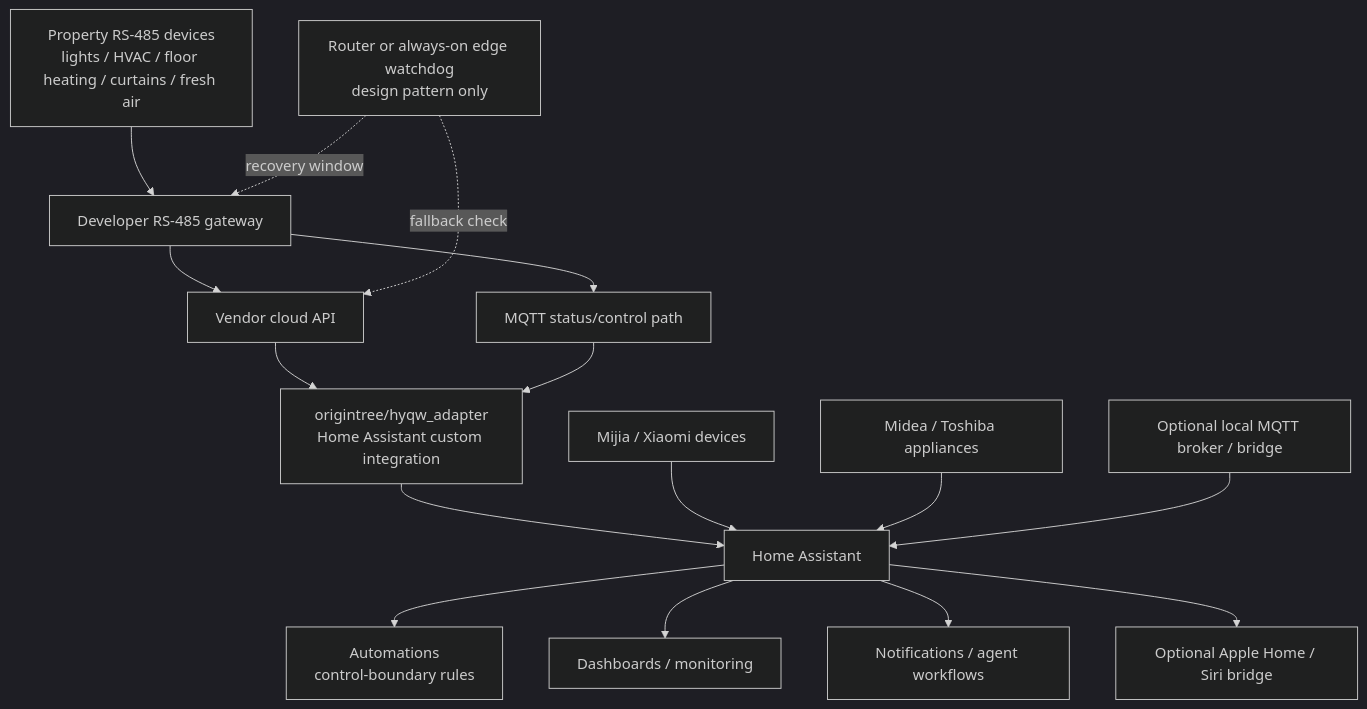
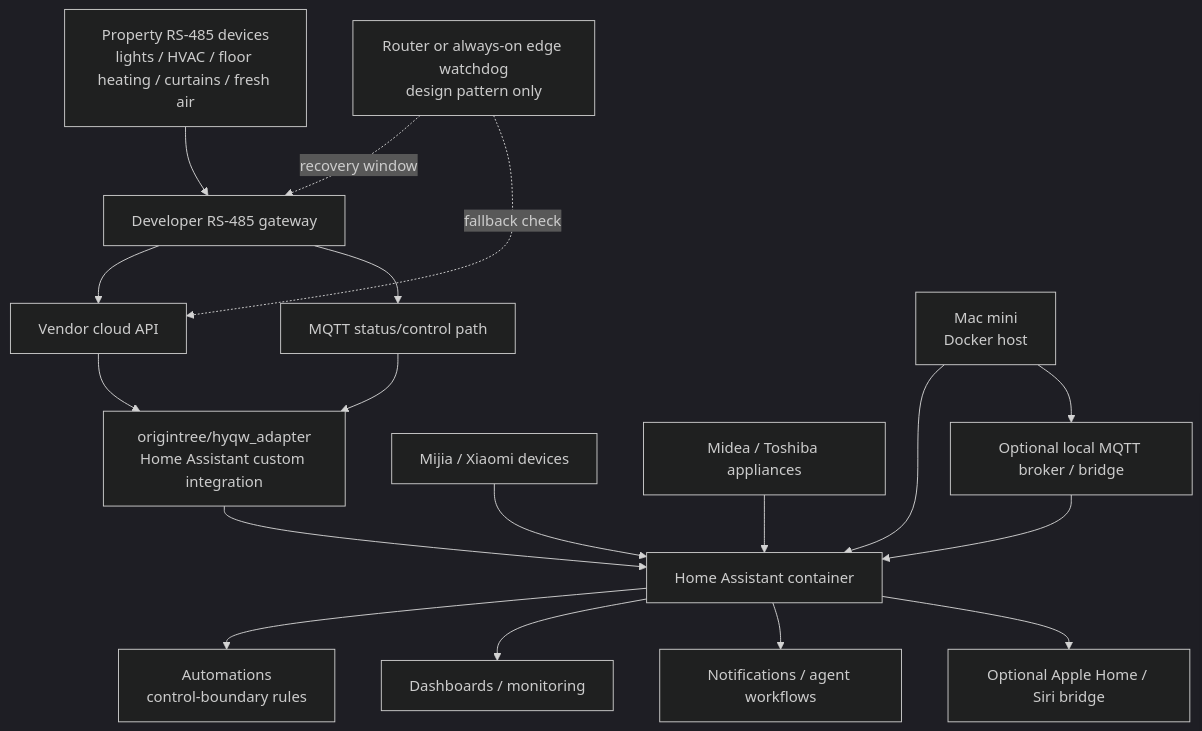
Before and after one commit to waiT-Chi/hyqw-ha-home-recipes: the diagram in README.md, drawn with Mermaid (dark theme). The commit also changed other lines of this file and 4 other files, not shown here.

Commit message:
Document Mac mini Docker host layer

````diff
--- a/README.md
+++ b/README.md
@@ -46,21 +49,23 @@
 ```mermaid
 flowchart TD
     A[Property RS-485 devices<br/>lights / HVAC / floor heating / curtains / fresh air] --> B[Developer RS-485 gateway]
     B --> C[Vendor cloud API]
     B --> D[MQTT status/control path]
     C --> E[origintree/hyqw_adapter<br/>Home Assistant custom integration]
     D --> E
-    E --> F[Home Assistant]
+    O[Mac mini<br/>Docker host] --> F[Home Assistant container]
+    E --> F
 
     G[Mijia / Xiaomi devices] --> F
     H[Midea / Toshiba appliances] --> F
-    I[Optional local MQTT broker / bridge] --> F
+    O --> I[Optional local MQTT broker / bridge]
+    I --> F
 
     F --> J[Automations<br/>control-boundary rules]
     F --> K[Dashboards / monitoring]
     F --> L[Notifications / agent workflows]
     F --> N[Optional Apple Home / Siri bridge]
 
     M[Router or always-on edge watchdog<br/>design pattern only] -. recovery window .-> B
     M -. fallback check .-> C
 ```
````
